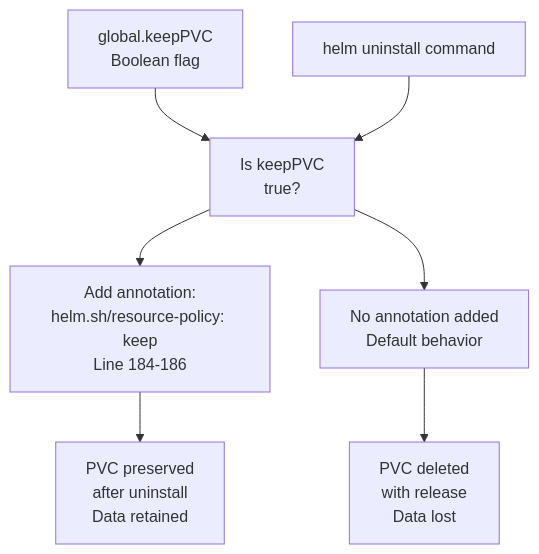
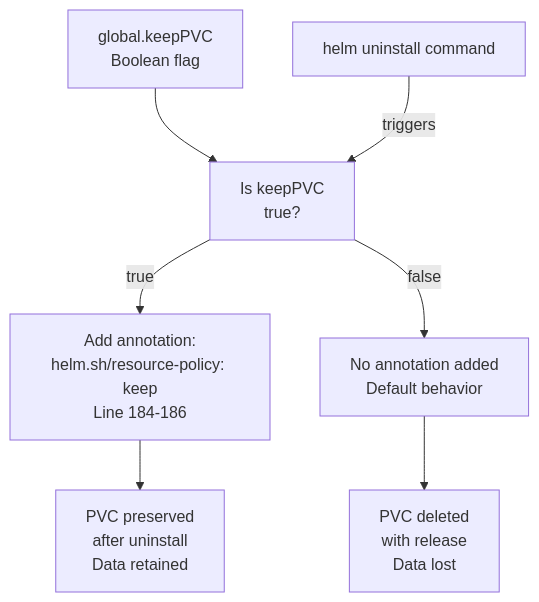
One commit to openchoreo/openchoreo changed the fourth of 5 diagrams in docs/hyperdxio-helm-charts-docs/Global-Configuration.md. Above: the diagram before and after it, drawn with Mermaid. The commit also changed other lines of this file and 85 other files, not shown here.

Commit message:
feat: Add new workflow and specification templates, update Helm chart dependencies, and clarify documentation diagrams.

````diff
--- a/docs/hyperdxio-helm-charts-docs/Global-Configuration.md
+++ b/docs/hyperdxio-helm-charts-docs/Global-Configuration.md
@@ -312,18 +312,18 @@
 ```mermaid
 flowchart TD
 
 KeepPVCValue["global.keepPVC<br>Boolean flag"]
 HelmUninstall["helm uninstall command"]
 ConditionalAnnotation["Is keepPVC<br>true?"]
 AddAnnotation["Add annotation:<br>helm.sh/resource-policy: keep<br>Line 184-186"]
 NoAnnotation["No annotation added<br>Default behavior"]
 PVCPreserved["PVC preserved<br>after uninstall<br>Data retained"]
 PVCDeleted["PVC deleted<br>with release<br>Data lost"]
 
 KeepPVCValue --> ConditionalAnnotation
-ConditionalAnnotation --> AddAnnotation
-ConditionalAnnotation --> NoAnnotation
+ConditionalAnnotation -->|"true"| AddAnnotation
+ConditionalAnnotation -->|"false"| NoAnnotation
 AddAnnotation --> PVCPreserved
 NoAnnotation --> PVCDeleted
-HelmUninstall --> ConditionalAnnotation
+HelmUninstall -->|"triggers"| ConditionalAnnotation
 ```
````
